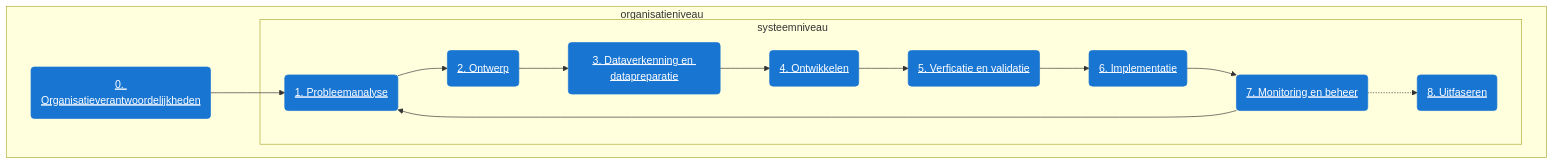
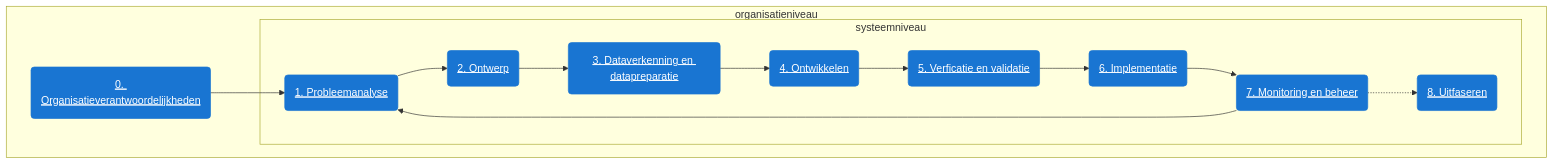
One commit to MinBZK/Algoritmekader changed the diagram in docs/levenscyclus/index.md. Above: the diagram before and after it, drawn with Mermaid.

Commit message:
fix alignment

````diff
--- a/docs/levenscyclus/index.md
+++ b/docs/levenscyclus/index.md
@@ -42,40 +42,40 @@
 ```mermaid
 
   flowchart TD
-      subgraph organisatieniveau [organisatieniveau &nbsp&nbsp&nbsp&nbsp&nbsp&nbsp&nbsp&nbsp&nbsp&nbsp&nbsp&nbsp&nbsp&nbsp&nbsp&nbsp&nbsp&nbsp&nbsp&nbsp&nbsp&nbsp&nbsp&nbsp&nbsp&nbsp&nbsp&nbsp&nbsp&nbsp&nbsp&nbsp&nbsp&nbsp&nbsp&nbsp&nbsp&nbsp&nbsp&nbsp&nbsp&nbsp&nbsp&nbsp&nbsp&nbsp&nbsp&nbsp&nbsp&nbsp&nbsp&nbsp&nbsp&nbsp&nbsp&nbsp&nbsp&nbsp&nbsp&nbsp&nbsp&nbsp&nbsp&nbsp&nbsp&nbsp&nbsp&nbsp&nbsp&nbsp&nbsp&nbsp&nbsp&nbsp&nbsp&nbsp&nbsp]
+      subgraph organisatieniveau [organisatieniveau]
         0(0. Organisatieverantwoordelijkheden) --> 1(1. Probleemanalyse);
-        subgraph systeemniveau [systeemniveau &nbsp&nbsp&nbsp&nbsp&nbsp&nbsp&nbsp&nbsp&nbsp&nbsp&nbsp&nbsp&nbsp&nbsp&nbsp&nbsp&nbsp&nbsp&nbsp&nbsp&nbsp&nbsp&nbsp&nbsp&nbsp&nbsp&nbsp&nbsp&nbsp&nbsp&nbsp&nbsp&nbsp&nbsp&nbsp&nbsp&nbsp&nbsp&nbsp&nbsp&nbsp&nbsp&nbsp&nbsp&nbsp&nbsp&nbsp&nbsp&nbsp&nbsp&nbsp&nbsp&nbsp&nbsp&nbsp&nbsp&nbsp&nbsp&nbsp&nbsp&nbsp&nbsp&nbsp&nbsp&nbsp&nbsp]
+        subgraph systeemniveau [systeemniveau]
           7(7. Monitoring en beheer) --> 1(1. Probleemanalyse);
           1(1. Probleemanalyse) --> 2(2. Ontwerp);
           2(2. Ontwerp) --> 3(3. Dataverkenning en datapreparatie);
           3(3. Dataverkenning en datapreparatie) --> 4(4. Ontwikkelen);
           4(4. Ontwikkelen) --> 5(5. Verficatie en validatie);
           5(5. Verficatie en validatie) --> 6(6. Implementatie);
           6(6. Implementatie) --> 7(7. Monitoring en beheer);
           7(7. Monitoring en beheer) -.-> 8(8. Uitfaseren);
         end
       end
 
       click 0 href "organisatieverantwoordelijkheden"
       click 1 href "probleemanalyse"
       click 2 href "ontwerp"
       click 3 href "dataverkenning-en-datapreparatie"
       click 4 href "ontwikkelen"
       click 5 href "verificatie-en-validatie"
       click 6 href "implementatie"
       click 7 href "monitoring-en-beheer"
       click 8 href "uitfaseren"
 
       style 0 color:#fff, fill:#1975d2, stroke:#1975d2, text-decoration:underline;
       style 1 color:#fff, fill:#1975d2, stroke:#1975d2, text-decoration:underline;
       style 2 color:#fff, fill:#1975d2, stroke:#1975d2, text-decoration:underline;
       style 3 color:#fff, fill:#1975d2, stroke:#1975d2, text-decoration:underline;
       style 4 color:#fff, fill:#1975d2, stroke:#1975d2, text-decoration:underline;
       style 5 color:#fff, fill:#1975d2, stroke:#1975d2, text-decoration:underline;
       style 6 color:#fff, fill:#1975d2, stroke:#1975d2, text-decoration:underline;
       style 7 color:#fff, fill:#1975d2, stroke:#1975d2, text-decoration:underline;
       style 8 color:#fff, fill:#1975d2, stroke:#1975d2, text-decoration:underline;
 
       style organisatieniveau fill:transparant
 
 ```
````
